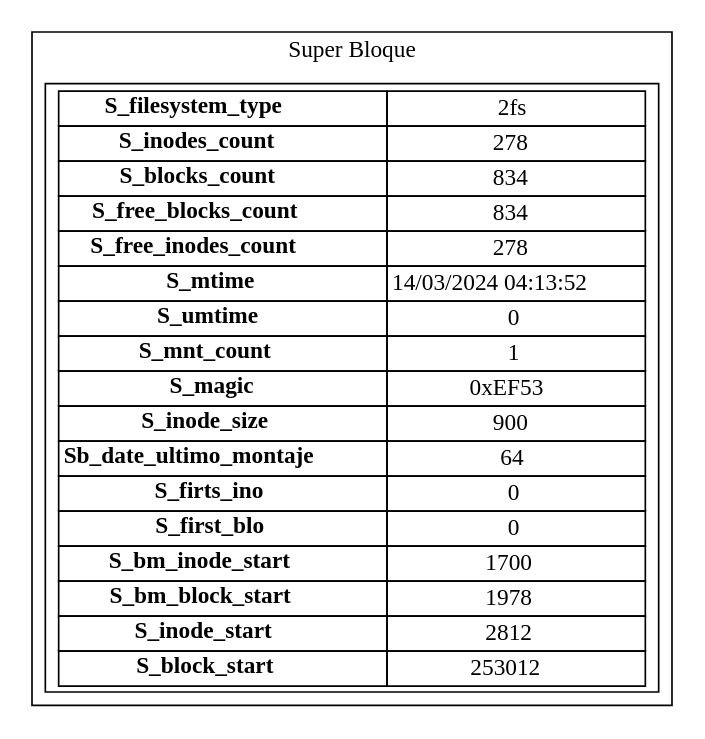
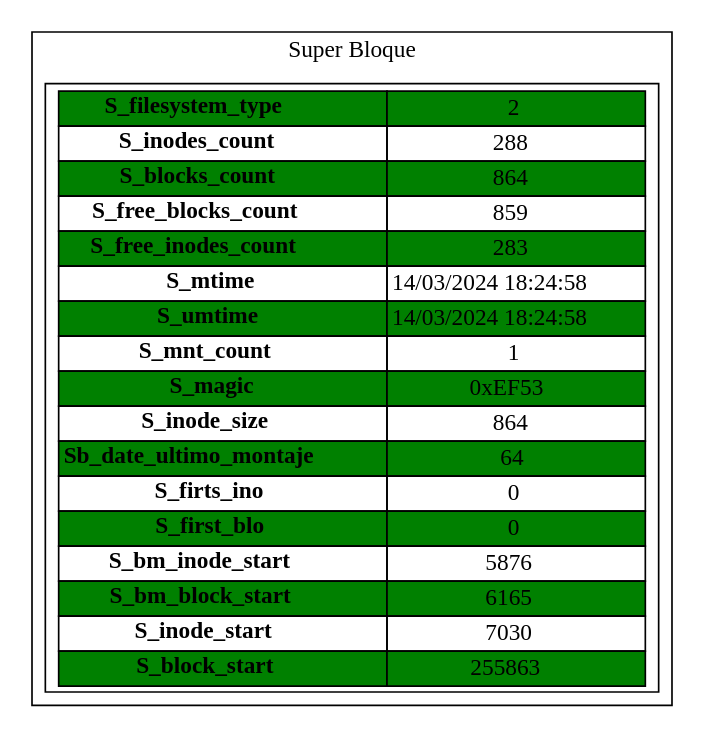
One commit to NatalyDuarte/MIA_P1_202001570 changed the diagram in Super.dot. Above: the diagram before and after it, drawn with Graphviz. The commit also changed 12 other files, not shown here.

```diff
--- a/Super.dot
+++ b/Super.dot
@@ -1,24 +1,24 @@
 digraph G{
 subgraph cluster{
 label="Super Bloque"
 tbl[shape=box,label=<
 <table border='0' cellborder='1' cellspacing='0' width='300'  height='200' >
-<tr><td><b>S_filesystem_type </b></td><td>2fs</td> </tr>*<tr><td><b>S_inodes_count </b></td><td>278</td> </tr>
-<tr><td><b>S_blocks_count </b></td><td>834</td> </tr>
-<tr><td><b>S_free_blocks_count</b></td><td>834</td> </tr>
-<tr><td><b>S_free_inodes_count</b></td><td>278</td> </tr>
-<tr><td><b>S_mtime</b></td><td>14/03/2024 04:13:52</td> </tr>
-<tr><td><b>S_umtime</b></td><td>0</td> </tr>
+<tr> <td bgcolor="green"><b>S_filesystem_type </b></td><td bgcolor="green">2</td> </tr>*<tr><td><b>S_inodes_count </b></td><td>288</td> </tr>
+<tr><td bgcolor="green"><b>S_blocks_count </b></td><td bgcolor="green">864</td> </tr>
+<tr><td><b>S_free_blocks_count</b></td><td>859</td> </tr>
+<tr><td bgcolor="green"><b>S_free_inodes_count</b></td><td bgcolor="green">283</td> </tr>
+<tr><td><b>S_mtime</b></td><td>14/03/2024 18:24:58</td> </tr>
+<tr><td bgcolor="green"><b>S_umtime</b></td><td bgcolor="green">14/03/2024 18:24:58</td> </tr>
 <tr><td><b>S_mnt_count</b></td><td>1</td> </tr>
-<tr><td><b>S_magic</b></td><td>0xEF53</td> </tr>
-<tr><td><b>S_inode_size</b></td><td>900</td> </tr>
-<tr><td><b>Sb_date_ultimo_montaje</b></td><td>64</td> </tr>
+<tr><td bgcolor="green"><b>S_magic</b></td><td bgcolor="green">0xEF53</td> </tr>
+<tr><td><b>S_inode_size</b></td><td>864</td> </tr>
+<tr><td bgcolor="green"><b>Sb_date_ultimo_montaje</b></td><td bgcolor="green">64</td> </tr>
 <tr><td><b>S_firts_ino</b></td><td>0</td> </tr>
-<tr><td><b>S_first_blo</b></td><td>0</td> </tr>
-<tr><td><b>S_bm_inode_start</b></td><td>1700</td> </tr>
-<tr><td><b>S_bm_block_start</b></td><td>1978</td> </tr>
-<tr><td><b>S_inode_start</b></td><td>2812</td> </tr>
-<tr><td><b>S_block_start</b></td><td>253012</td> </tr>
+<tr><td bgcolor="green"><b>S_first_blo</b></td><td bgcolor="green">0</td> </tr>
+<tr><td><b>S_bm_inode_start</b></td><td>5876</td> </tr>
+<tr><td bgcolor="green"><b>S_bm_block_start</b></td><td bgcolor="green">6165</td> </tr>
+<tr><td><b>S_inode_start</b></td><td>7030</td> </tr>
+<tr><td bgcolor="green"><b>S_block_start</b></td><td bgcolor="green">255863</td> </tr>
 </table>
 >];
 }}
```
